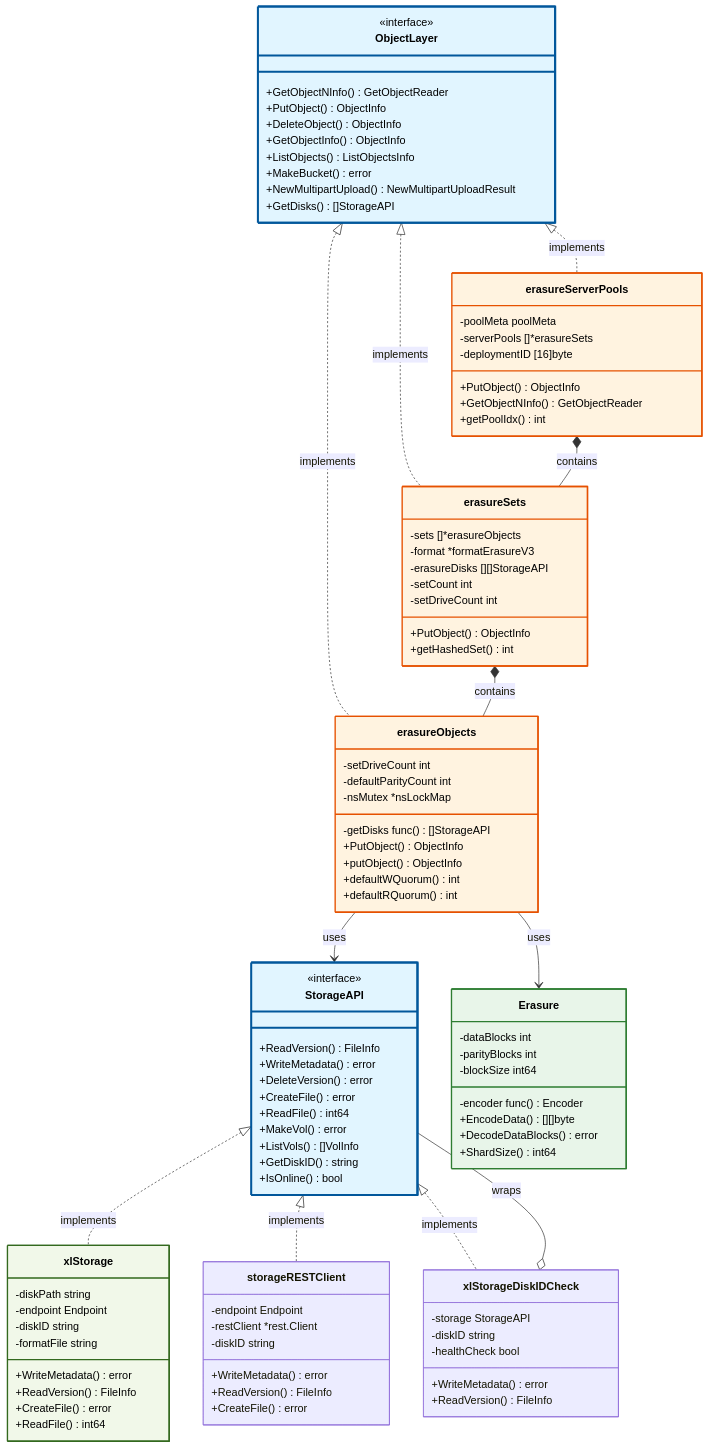
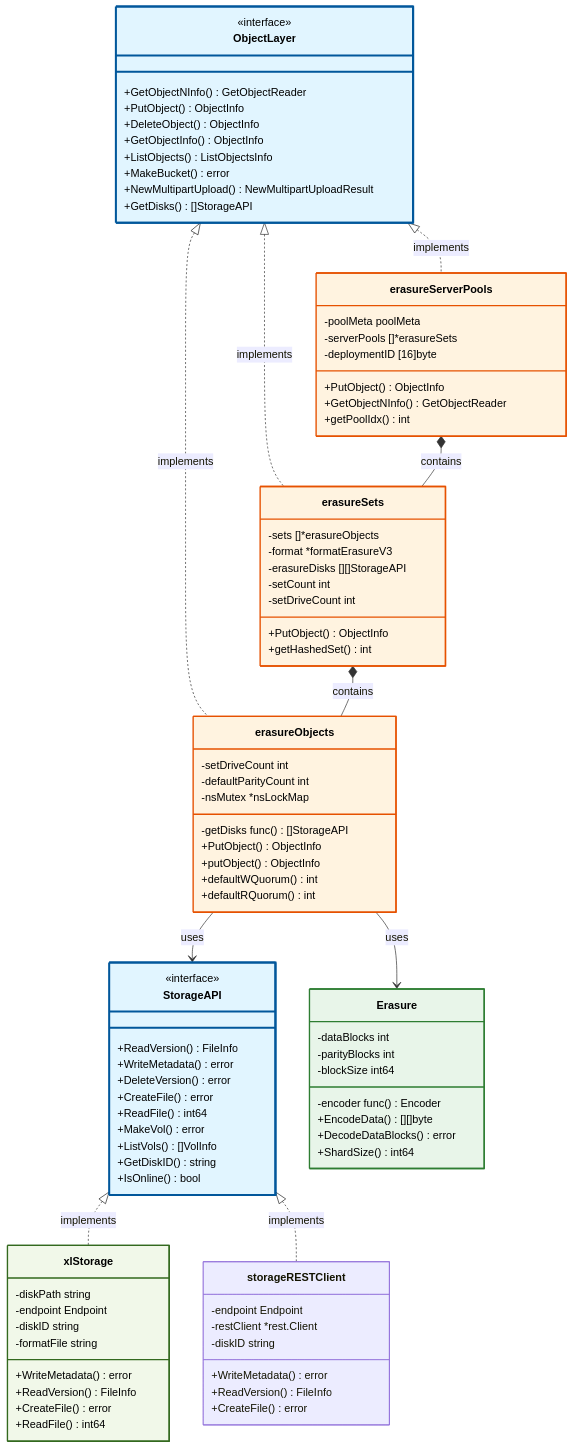
Before and after one commit to remidinishanth/distributed_systems: the fifth of 5 diagrams in s3/minio/readme.md, drawn with Mermaid. The commit also changed other lines of this file, not shown here.

```diff
--- a/s3/minio/readme.md
+++ b/s3/minio/readme.md
@@ -265,7 +1084,7 @@
         +NewMultipartUpload() NewMultipartUploadResult
         +GetDisks() []StorageAPI
     }
-    
+
     class erasureServerPools {
         -poolMeta poolMeta
         -serverPools []*erasureSets
@@ -274,7 +1093,7 @@
         +GetObjectNInfo() GetObjectReader
         +getPoolIdx() int
     }
-    
+
     class erasureSets {
         -sets []*erasureObjects
         -format *formatErasureV3
@@ -284,7 +1103,7 @@
         +PutObject() ObjectInfo
         +getHashedSet() int
     }
-    
+
     class erasureObjects {
         -setDriveCount int
         -defaultParityCount int
@@ -295,7 +1114,7 @@
         +defaultWQuorum() int
         +defaultRQuorum() int
     }
-    
+
     class StorageAPI {
         <<interface>>
         +ReadVersion() FileInfo
@@ -308,7 +1127,7 @@
         +GetDiskID() string
         +IsOnline() bool
     }
-    
+
     class xlStorage {
         -diskPath string
         -endpoint Endpoint
@@ -319,7 +1138,7 @@
         +CreateFile() error
         +ReadFile() int64
     }
-    
+
     class storageRESTClient {
         -endpoint Endpoint
         -restClient *rest.Client
@@ -328,15 +1147,7 @@
         +ReadVersion() FileInfo
         +CreateFile() error
     }
-    
-    class xlStorageDiskIDCheck {
-        -storage StorageAPI
-        -diskID string
-        -healthCheck bool
-        +WriteMetadata() error
-        +ReadVersion() FileInfo
-    }
-    
+
     class Erasure {
         -encoder func()Encoder
         -dataBlocks int
@@ -346,22 +1157,19 @@
         +DecodeDataBlocks() error
         +ShardSize() int64
     }
-    
+
     ObjectLayer <|.. erasureServerPools : implements
     ObjectLayer <|.. erasureSets : implements
     ObjectLayer <|.. erasureObjects : implements
-    
+
     erasureServerPools *-- erasureSets : contains
     erasureSets *-- erasureObjects : contains
     erasureObjects --> StorageAPI : uses
     erasureObjects --> Erasure : uses
-    
+
     StorageAPI <|.. xlStorage : implements
     StorageAPI <|.. storageRESTClient : implements
-    StorageAPI <|.. xlStorageDiskIDCheck : implements
-    
-    xlStorageDiskIDCheck o-- StorageAPI : wraps
-    
+
     style ObjectLayer fill:#e1f5ff,stroke:#01579b,stroke-width:3px,color:#000
     style StorageAPI fill:#e1f5ff,stroke:#01579b,stroke-width:3px,color:#000
     style erasureServerPools fill:#fff3e0,stroke:#e65100,stroke-width:2px,color:#000
```
